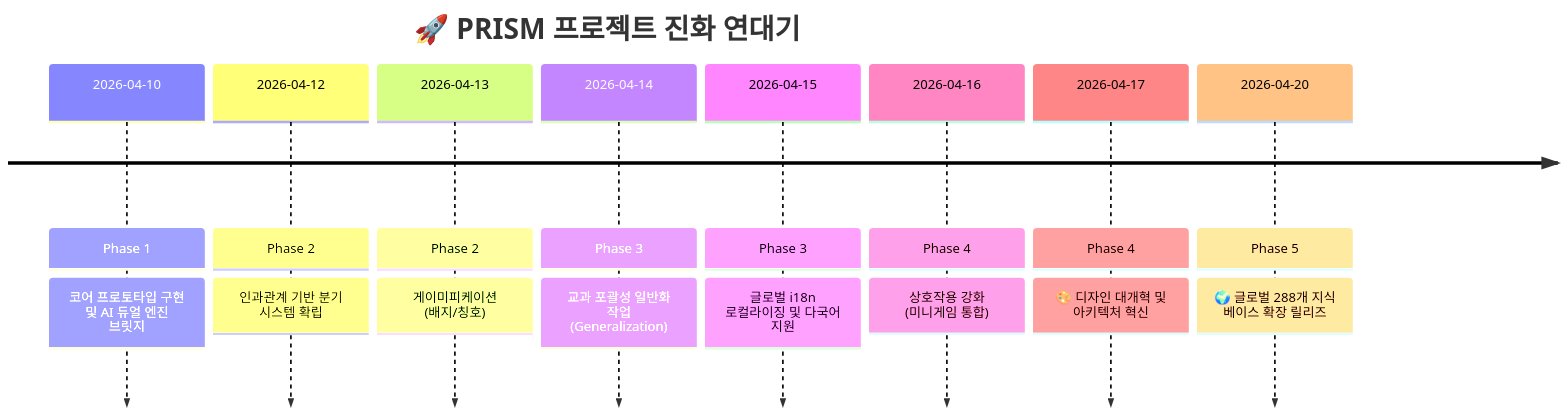
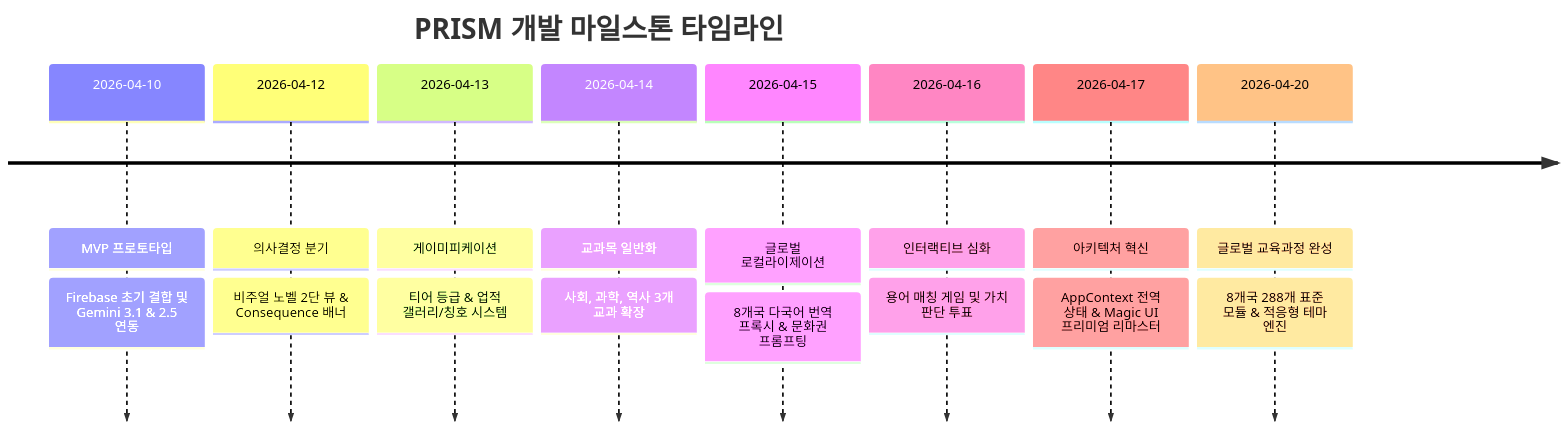
One commit to ll7098ll/prism changed the diagram in docs/DEVELOPMENT_LOG.md. Above: the diagram before and after it, drawn with Mermaid. The commit also changed other lines of this file and 25 other files, not shown here.

````diff
--- a/docs/DEVELOPMENT_LOG.md
+++ b/docs/DEVELOPMENT_LOG.md
@@ -15,12 +10,12 @@
 ```mermaid
 timeline
-    title 🚀 PRISM 프로젝트 진화 연대기
-    2026-04-10 : Phase 1 : 코어 프로토타입 구현 및 AI 듀얼 엔진 브릿지
-    2026-04-12 : Phase 2 : 인과관계 기반 분기 시스템 확립
-    2026-04-13 : Phase 2 : 게이미피케이션 (배지/칭호)
-    2026-04-14 : Phase 3 : 교과 포괄성 일반화 작업 (Generalization)
-    2026-04-15 : Phase 3 : 글로벌 i18n 로컬라이징 및 다국어 지원
-    2026-04-16 : Phase 4 : 상호작용 강화 (미니게임 통합)
-    2026-04-17 : Phase 4 : 🎨 디자인 대개혁 및 아키텍처 혁신
-    2026-04-20 : Phase 5 : 🌍 글로벌 288개 지식 베이스 확장 릴리즈
+    title PRISM 개발 마일스톤 타임라인
+    2026-04-10 : MVP 프로토타입 : Firebase 초기 결합 및 Gemini 3.1 & 2.5 연동
+    2026-04-12 : 의사결정 분기 : 비주얼 노벨 2단 뷰 & Consequence 배너
+    2026-04-13 : 게이미피케이션 : 티어 등급 & 업적 갤러리/칭호 시스템
+    2026-04-14 : 교과목 일반화 : 사회, 과학, 역사 3개 교과 확장
+    2026-04-15 : 글로벌 로컬라이제이션 : 8개국 다국어 번역 프록시 & 문화권 프롬프팅
+    2026-04-16 : 인터랙티브 심화 : 용어 매칭 게임 및 가치 판단 투표
+    2026-04-17 : 아키텍처 혁신 : AppContext 전역 상태 & Magic UI 프리미엄 리마스터
+    2026-04-20 : 글로벌 교육과정 완성 : 8개국 288개 표준 모듈 & 적응형 테마 엔진
 ```
````
